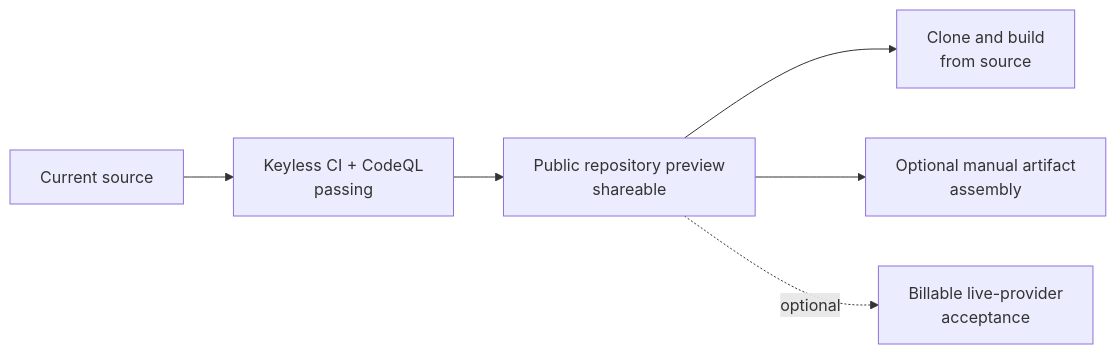
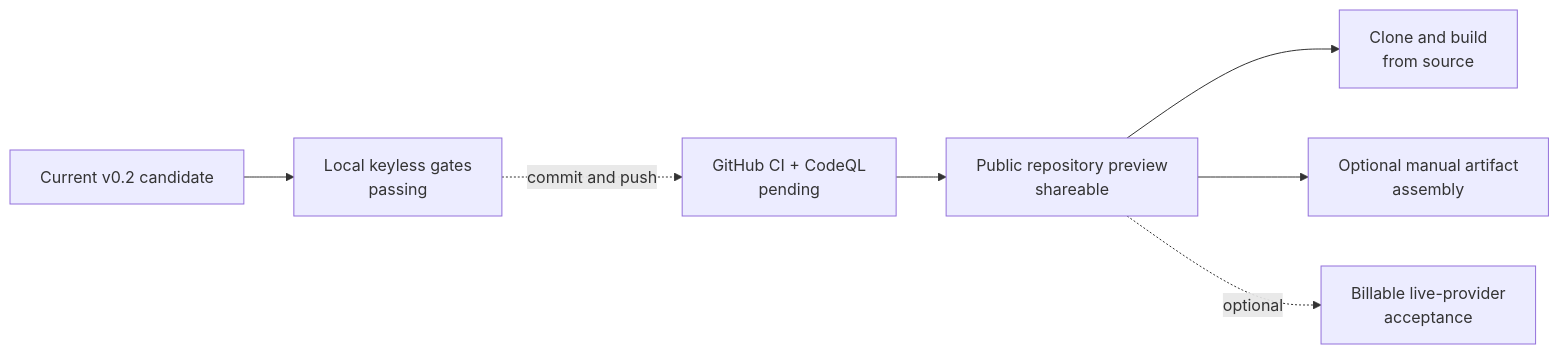
The diagram in docs/PROJECT-STATUS.md (matakartal/aikit-runtime), drawn with Mermaid before and after one commit. The commit also changed other lines of this file and 14 other files, not shown here.

````diff
--- a/docs/PROJECT-STATUS.md
+++ b/docs/PROJECT-STATUS.md
@@ -29,8 +31,9 @@
 ```mermaid
 flowchart LR
-    SRC[Current source] --> CI[Keyless CI + CodeQL<br/>passing]
+    SRC[Current v0.2 candidate] --> LOCAL[Local keyless gates<br/>passing]
+    LOCAL -. commit and push .-> CI[GitHub CI + CodeQL<br/>pending]
     CI --> SHARE[Public repository preview<br/>shareable]
-    SHARE --> LOCAL[Clone and build<br/>from source]
+    SHARE --> USE[Clone and build<br/>from source]
     SHARE --> ASM[Optional manual artifact<br/>assembly]
     SHARE -. optional .-> LIVE[Billable live-provider<br/>acceptance]
 ```
````
